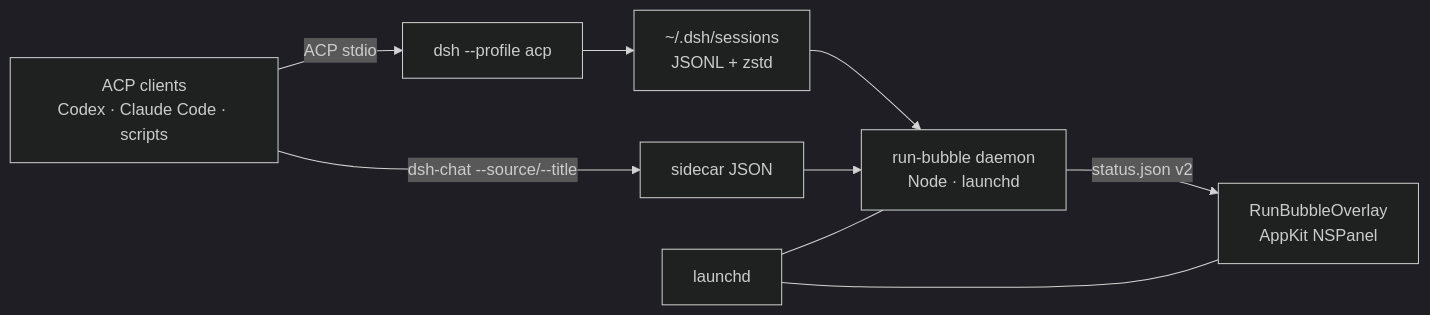
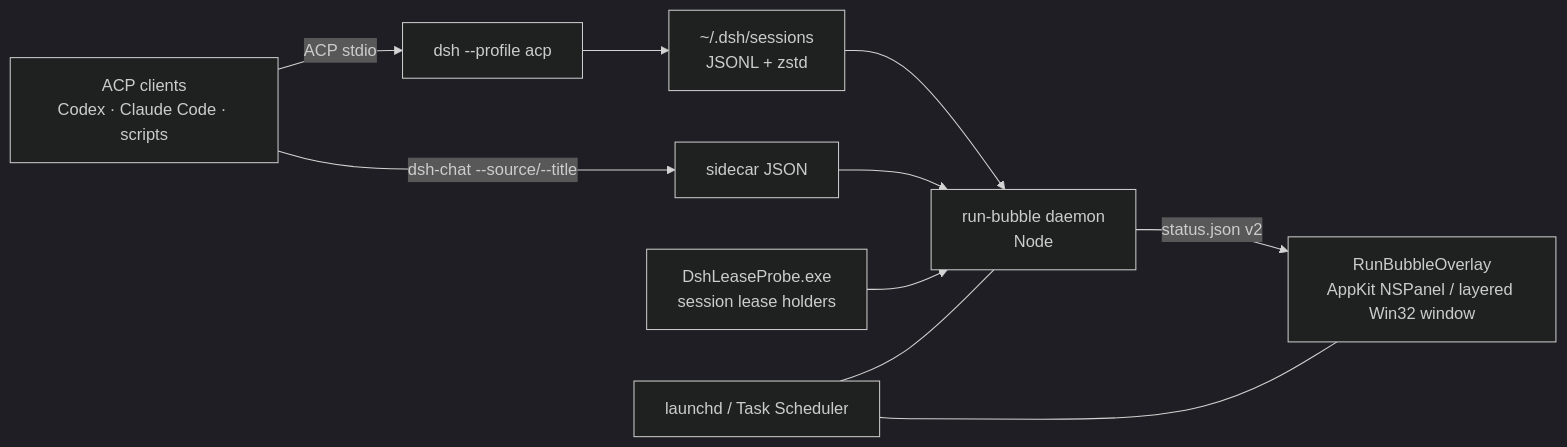
One commit to Player-YN/dsh-run-bubble changed the diagram in README.md. Above: the diagram before and after it, drawn with Mermaid (dark theme). The commit also changed other lines of this file and 46 other files, not shown here.

First line of the commit message:
feat: dsh-run-bubble 0.3.0 — Windows port with exact lease-based liveness

````diff
--- a/README.md
+++ b/README.md
@@ -159,11 +221,12 @@
 ```mermaid
 flowchart LR
   A["ACP clients<br/>Codex · Claude Code · scripts"] -->|ACP stdio| B["dsh --profile acp"]
   A -->|"dsh-chat --source/--title"| M["sidecar JSON"]
   B --> S["~/.dsh/sessions<br/>JSONL + zstd"]
-  S --> D["run-bubble daemon<br/>Node · launchd"]
+  S --> D["run-bubble daemon<br/>Node"]
   M --> D
-  D -->|"status.json v2"| O["RunBubbleOverlay<br/>AppKit NSPanel"]
-  L["launchd"] --- D
+  P["DshLeaseProbe.exe<br/>session lease holders"] --> D
+  D -->|"status.json v2"| O["RunBubbleOverlay<br/>AppKit NSPanel / layered Win32 window"]
+  L["launchd / Task Scheduler"] --- D
   L --- O
 ```
````
